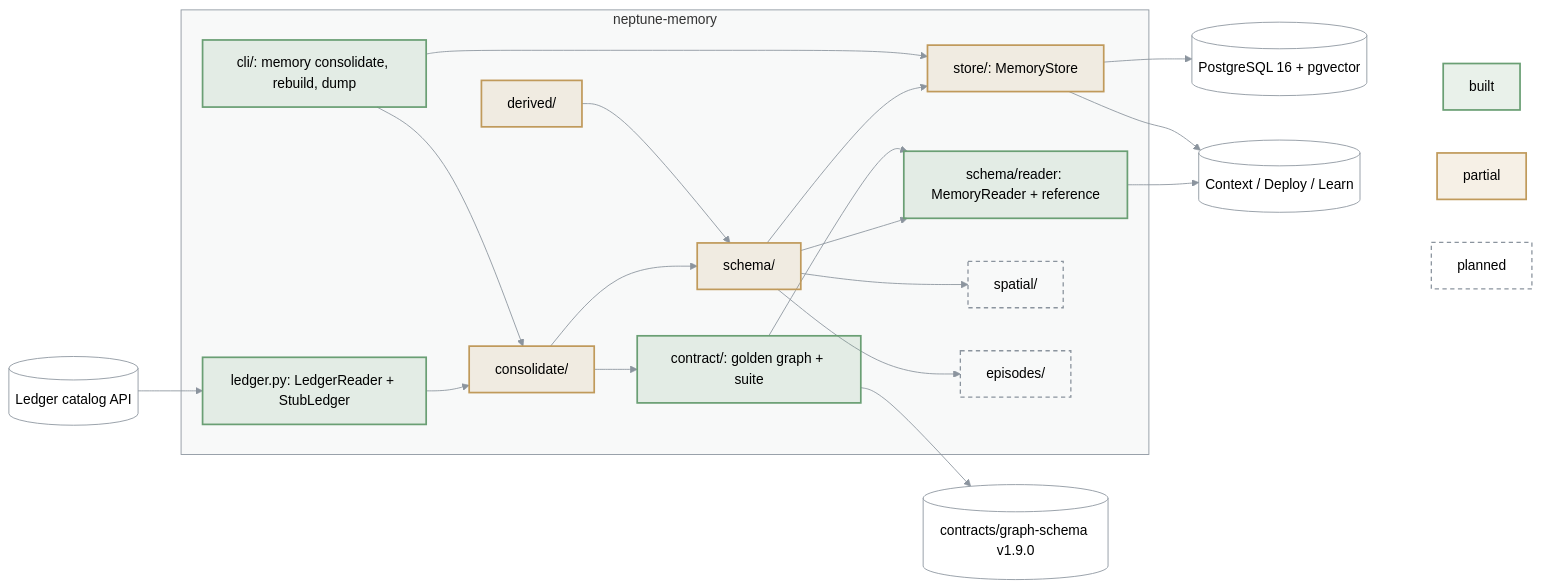
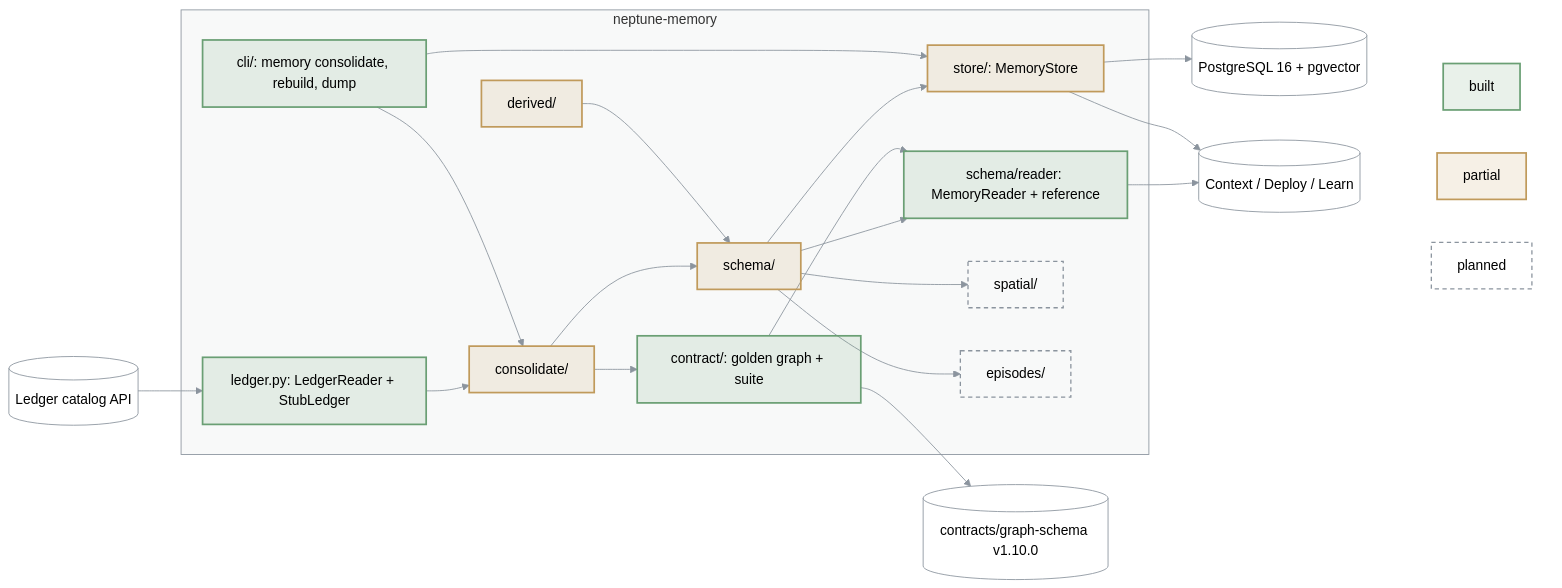
The diagram in packages/neptune-memory/ARCHITECTURE.md (bennytay/neptune), drawn with Mermaid (forest theme) before and after one commit. The commit also changed 16 other files, not shown here.

First line of the commit message:
feat(memory): identity after events in the plan; graph-schema 1.10.0

````diff
--- a/packages/neptune-memory/ARCHITECTURE.md
+++ b/packages/neptune-memory/ARCHITECTURE.md
@@ -3,49 +3,49 @@
 ```mermaid
 flowchart LR
   LED[("Ledger catalog API")]
   PG[("PostgreSQL 16 + pgvector")]
   subgraph M["neptune-memory"]
     SEAM["ledger.py: LedgerReader + StubLedger"]
     CON["consolidate/"]
     DER["derived/"]
     SCH["schema/"]
     RD["schema/reader: MemoryReader + reference"]
     CT["contract/: golden graph + suite"]
     STO["store/: MemoryStore"]
     SPA["spatial/"]
     EPI["episodes/"]
     CLI["cli/: memory consolidate, rebuild, dump"]
   end
   OUT[("Context / Deploy / Learn")]
   LED --> SEAM --> CON --> SCH --> STO
   DER --> SCH
   SCH --> SPA & EPI
   SCH --> RD --> OUT
   CON --> CT --> RD
-  CT --> REG[("contracts/graph-schema v1.9.0")]
+  CT --> REG[("contracts/graph-schema v1.10.0")]
   STO --> OUT
   CLI --> CON
   CLI --> STO
   STO --> PG
 
   subgraph KEY[" "]
     K1["built"]
     K2["partial"]
     K3["planned"]
   end
   OUT ~~~ K1 & K2 & K3
 
   classDef built fill:#6a9f7426,stroke:#6a9f74,stroke-width:2px
   classDef partial fill:#c09a5b26,stroke:#c09a5b,stroke-width:2px
   classDef todo fill:none,stroke:#8b949e,stroke-width:1.5px,stroke-dasharray:5 4
   classDef ext fill:none,stroke:#8b949e,stroke-width:1px
   class K1 built
   class K2 partial
   class SPA,EPI,K3 todo
   class CON,DER,SCH,STO partial
   class SEAM,RD,CT,CLI built
   class LED,OUT,PG,REG ext
   style M fill:#8b949e0f,stroke:#8b949e
   style KEY fill:none,stroke:none
   linkStyle default stroke:#8b949e
 ```
````
